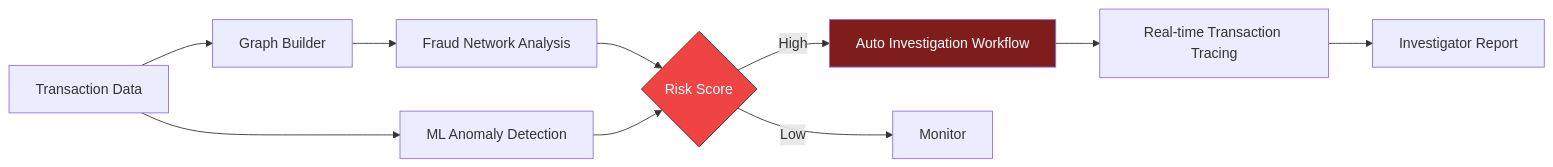
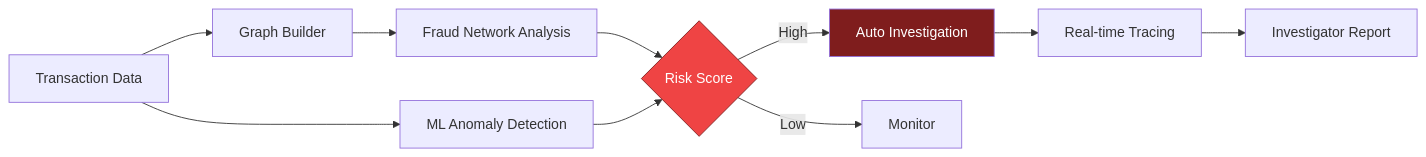
Before and after one commit to sivaprasathl57-ctrl/sivaprasathl57-ctrl: the first of 2 diagrams in README.md, drawn with Mermaid. The commit also changed other lines of this file, not shown here.

````diff
--- a/README.md
+++ b/README.md
@@ -136,14 +124,14 @@
 ```mermaid
 flowchart LR
     A[Transaction Data] --> B[Graph Builder]
     B --> C[Fraud Network Analysis]
     A --> D[ML Anomaly Detection]
     C --> E{Risk Score}
     D --> E
-    E -->|High| F[Auto Investigation Workflow]
+    E -->|High| F[Auto Investigation]
     E -->|Low| G[Monitor]
-    F --> H[Real-time Transaction Tracing]
+    F --> H[Real-time Tracing]
     H --> I[Investigator Report]
     style E fill:#ef4444,color:#fff,stroke:#7f1d1d
     style F fill:#7f1d1d,color:#fff
 ```
````
